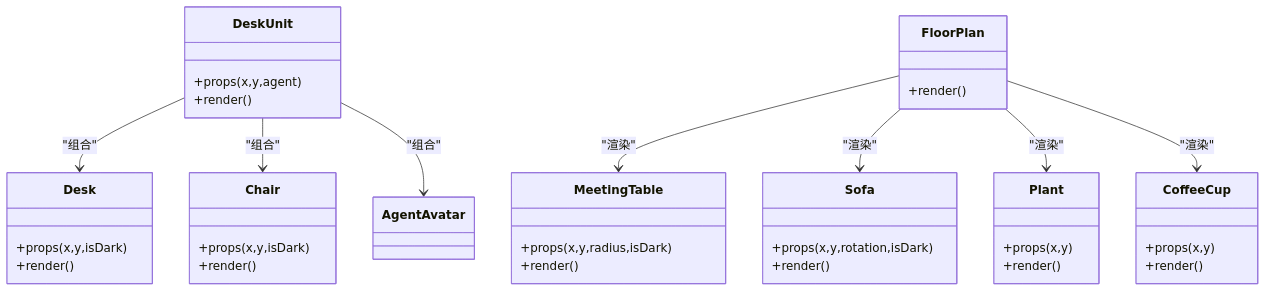
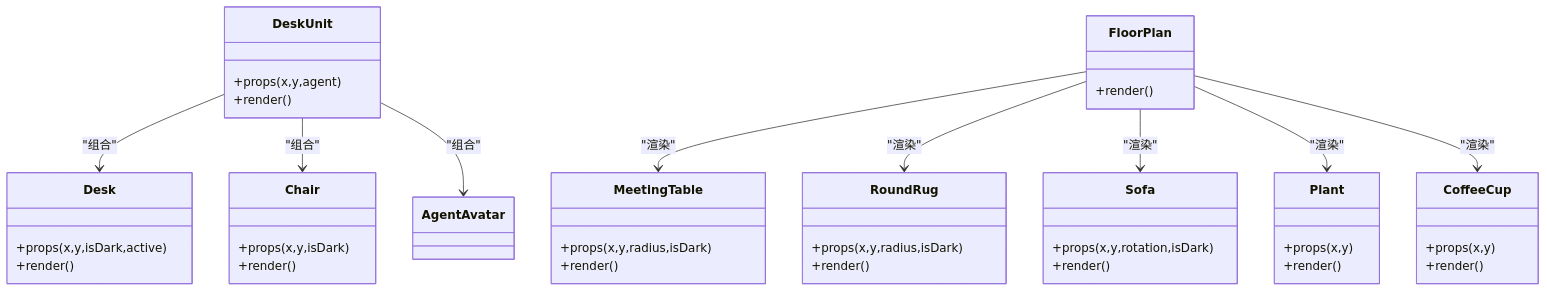
One commit to WW-AI-Lab/openclaw-office changed the seventh of 8 diagrams in .qoder/repowiki/zh/content/虚拟办公室系统/家具装饰系统.md. Above: the diagram before and after it, drawn with Mermaid. The commit also changed other lines of this file and 15 other files, not shown here.

````diff
--- a/.qoder/repowiki/zh/content/虚拟办公室系统/家具装饰系统.md
+++ b/.qoder/repowiki/zh/content/虚拟办公室系统/家具装饰系统.md
@@ -252,41 +258,46 @@
 ```mermaid
 classDiagram
 class Desk {
-+props(x,y,isDark)
++props(x,y,isDark,active)
 +render()
 }
 class Chair {
 +props(x,y,isDark)
 +render()
 }
 class MeetingTable {
++props(x,y,radius,isDark)
++render()
+}
+class RoundRug {
 +props(x,y,radius,isDark)
 +render()
 }
 class Sofa {
 +props(x,y,rotation,isDark)
 +render()
 }
 class Plant {
 +props(x,y)
 +render()
 }
 class CoffeeCup {
 +props(x,y)
 +render()
 }
 class DeskUnit {
 +props(x,y,agent)
 +render()
 }
 class FloorPlan {
 +render()
 }
 DeskUnit --> Desk : "组合"
 DeskUnit --> Chair : "组合"
 DeskUnit --> AgentAvatar : "组合"
 FloorPlan --> MeetingTable : "渲染"
+FloorPlan --> RoundRug : "渲染"
 FloorPlan --> Sofa : "渲染"
 FloorPlan --> Plant : "渲染"
 FloorPlan --> CoffeeCup : "渲染"
 ```
````
